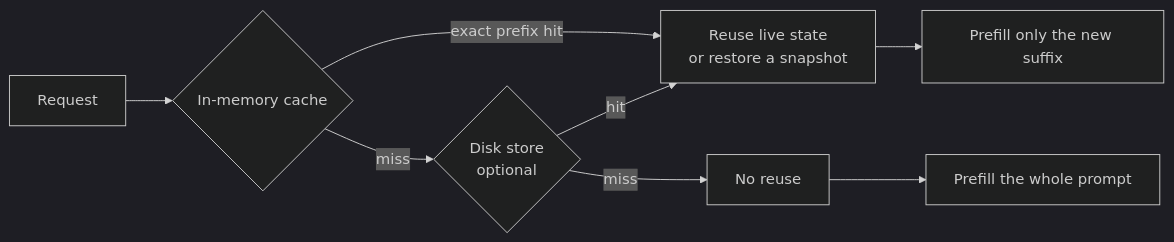
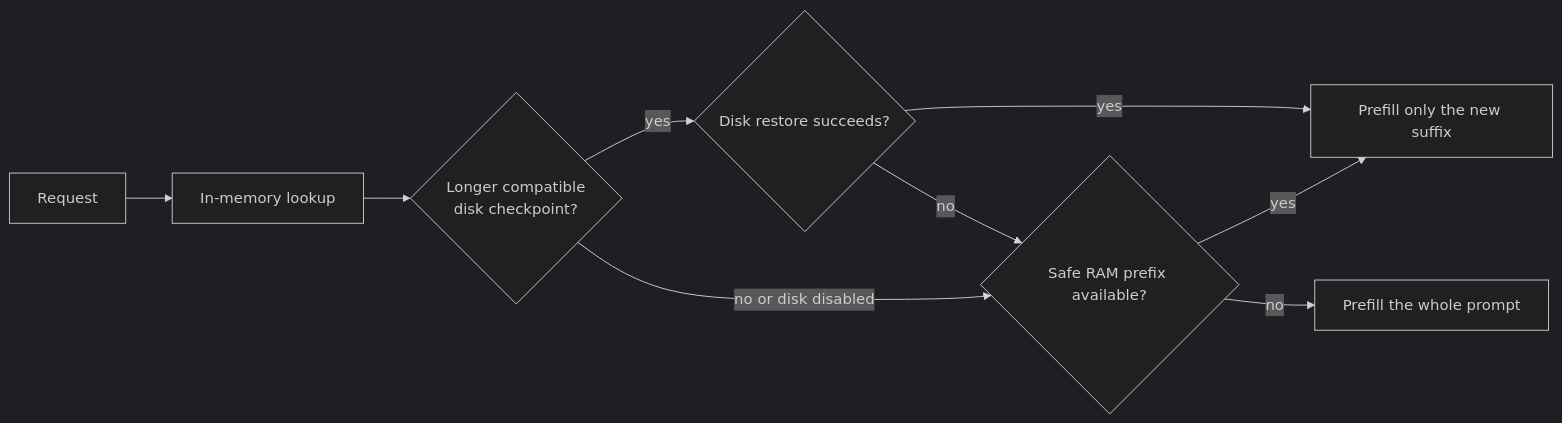
The first of 3 diagrams in docs/KV-CACHE.md (gufo-org/gufo), drawn with Mermaid (dark theme) before and after one commit. The commit also changed other lines of this file and 7 other files, not shown here.

Commit message:
fix(cache): prefer longer compatible disk prefixes

````diff
--- a/docs/KV-CACHE.md
+++ b/docs/KV-CACHE.md
@@ -52,10 +52,11 @@
 ```mermaid
 flowchart LR
-  REQ[Request] --> MEM{In-memory cache}
-  MEM -->|exact prefix hit| USE[Reuse live state<br/>or restore a snapshot]
-  MEM -->|miss| DISK{Disk store<br/>optional}
-  DISK -->|hit| USE
-  DISK -->|miss| COLD[No reuse]
-  USE --> SUF[Prefill only the new suffix]
-  COLD --> ALL[Prefill the whole prompt]
+  REQ[Request] --> MEM[In-memory lookup]
+  MEM --> DISK{Longer compatible<br/>disk checkpoint?}
+  DISK -->|yes| RESTORE{Disk restore succeeds?}
+  RESTORE -->|yes| SUF[Prefill only the new suffix]
+  RESTORE -->|no| RAM{Safe RAM prefix available?}
+  DISK -->|no or disk disabled| RAM
+  RAM -->|yes| SUF
+  RAM -->|no| ALL[Prefill the whole prompt]
 ```
````
